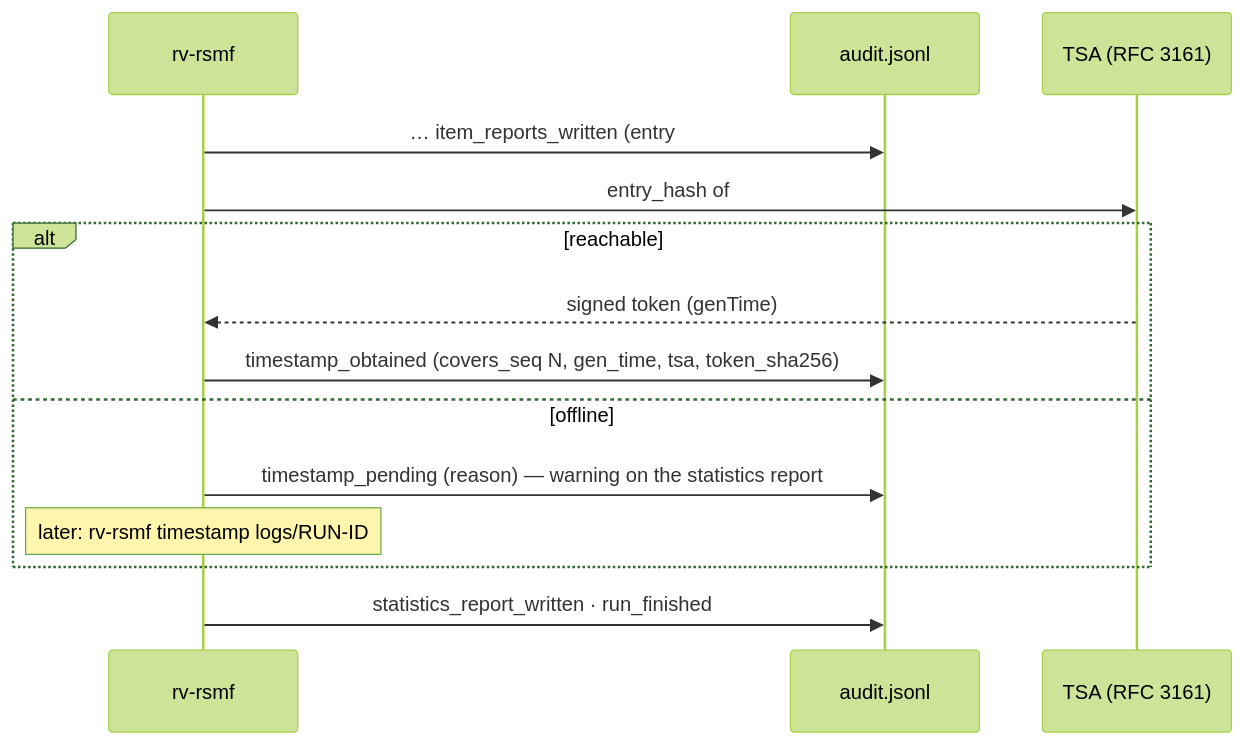
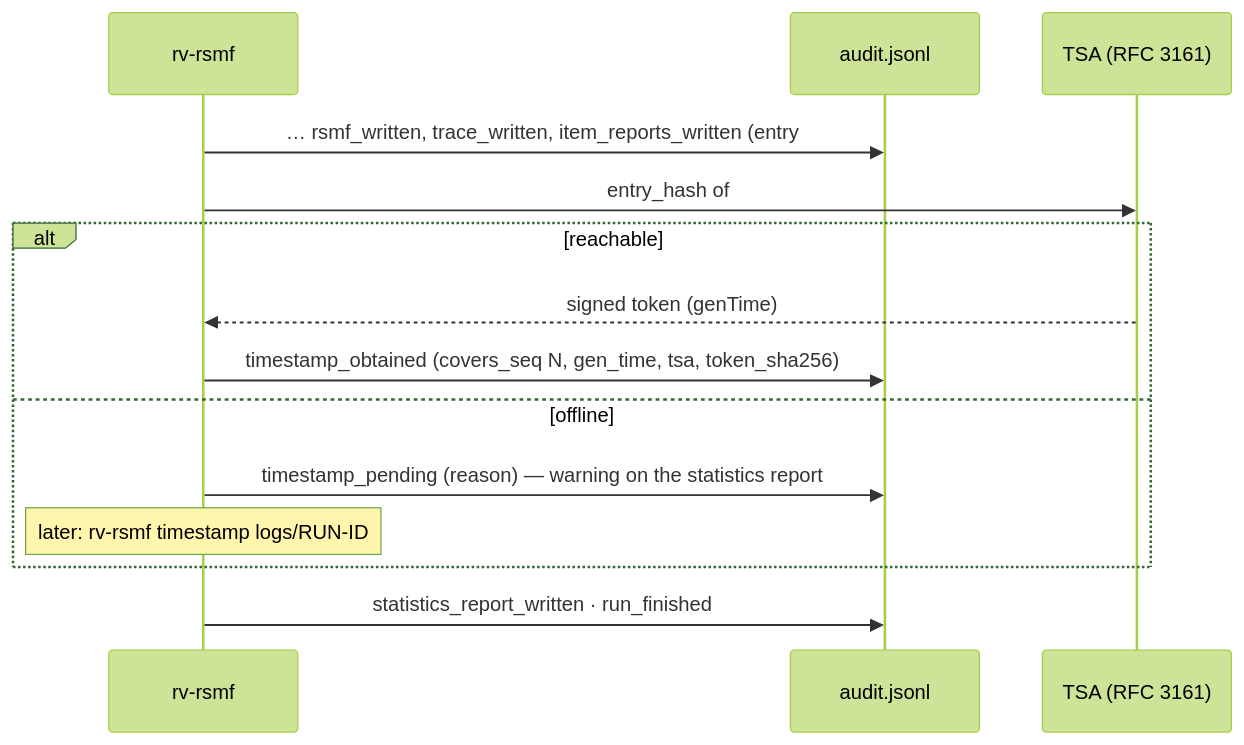
The third of 4 diagrams in docs/forensic-audit.md (Panacota96/rv-rsmf), drawn with Mermaid (forest theme) before and after one commit. The commit also changed other lines of this file and 12 other files, not shown here.

````diff
--- a/docs/forensic-audit.md
+++ b/docs/forensic-audit.md
@@ -78,16 +76,16 @@
 ```mermaid
 sequenceDiagram
     participant T as rv-rsmf
     participant L as audit.jsonl
     participant A as TSA (RFC 3161)
-    T->>L: … item_reports_written (entry #N)
-    T->>A: entry_hash of #N (the head, a SHA-256) + nonce
+    T->>L: … rsmf_written, trace_written, item_reports_written (entry #N)
+    T->>A: entry_hash of #N (a SHA-256) + nonce
     alt reachable
         A-->>T: signed token (genTime)
         T->>L: timestamp_obtained (covers_seq N, gen_time, tsa, token_sha256)
     else offline
         T->>L: timestamp_pending (reason) — warning on the statistics report
         Note over T: later: rv-rsmf timestamp logs/RUN-ID
     end
     T->>L: statistics_report_written · run_finished
 ```
````
